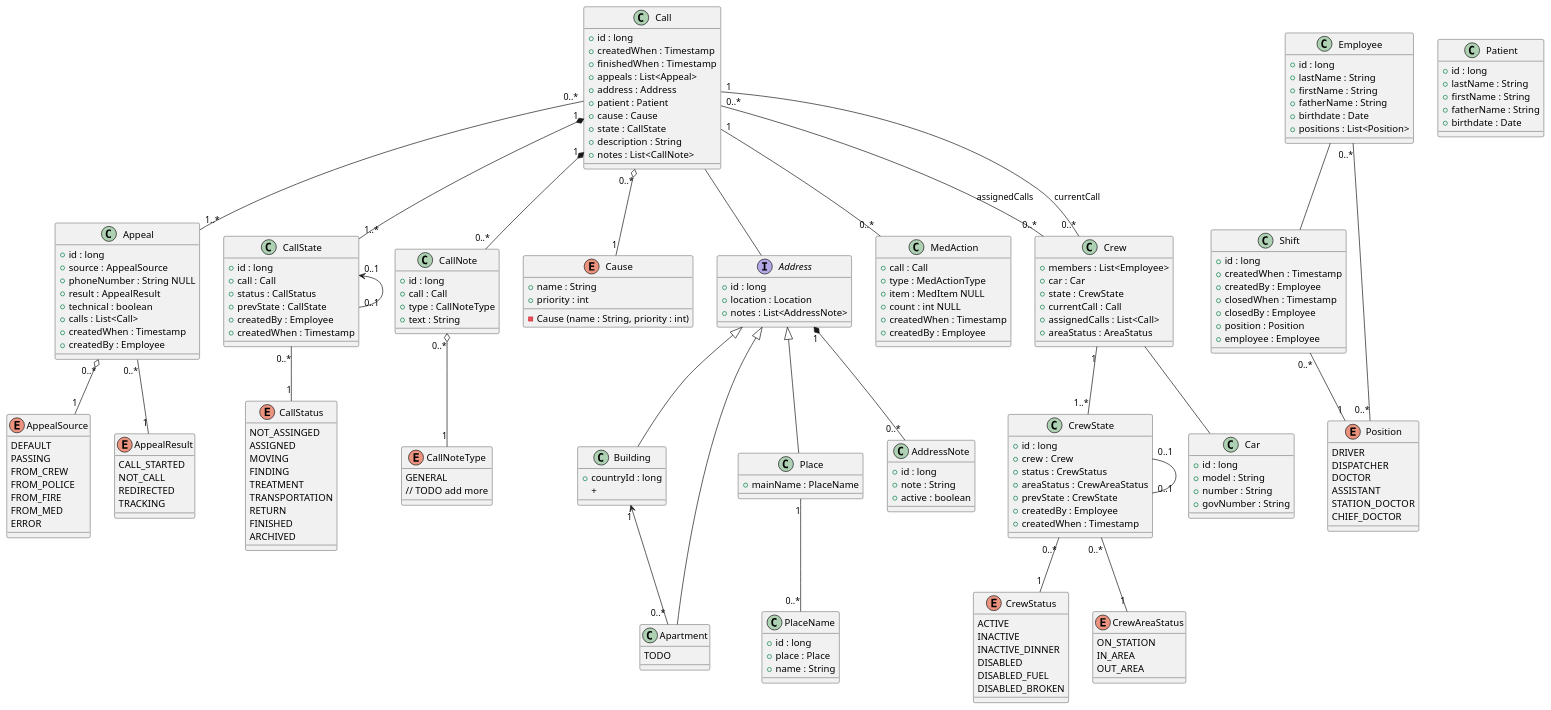
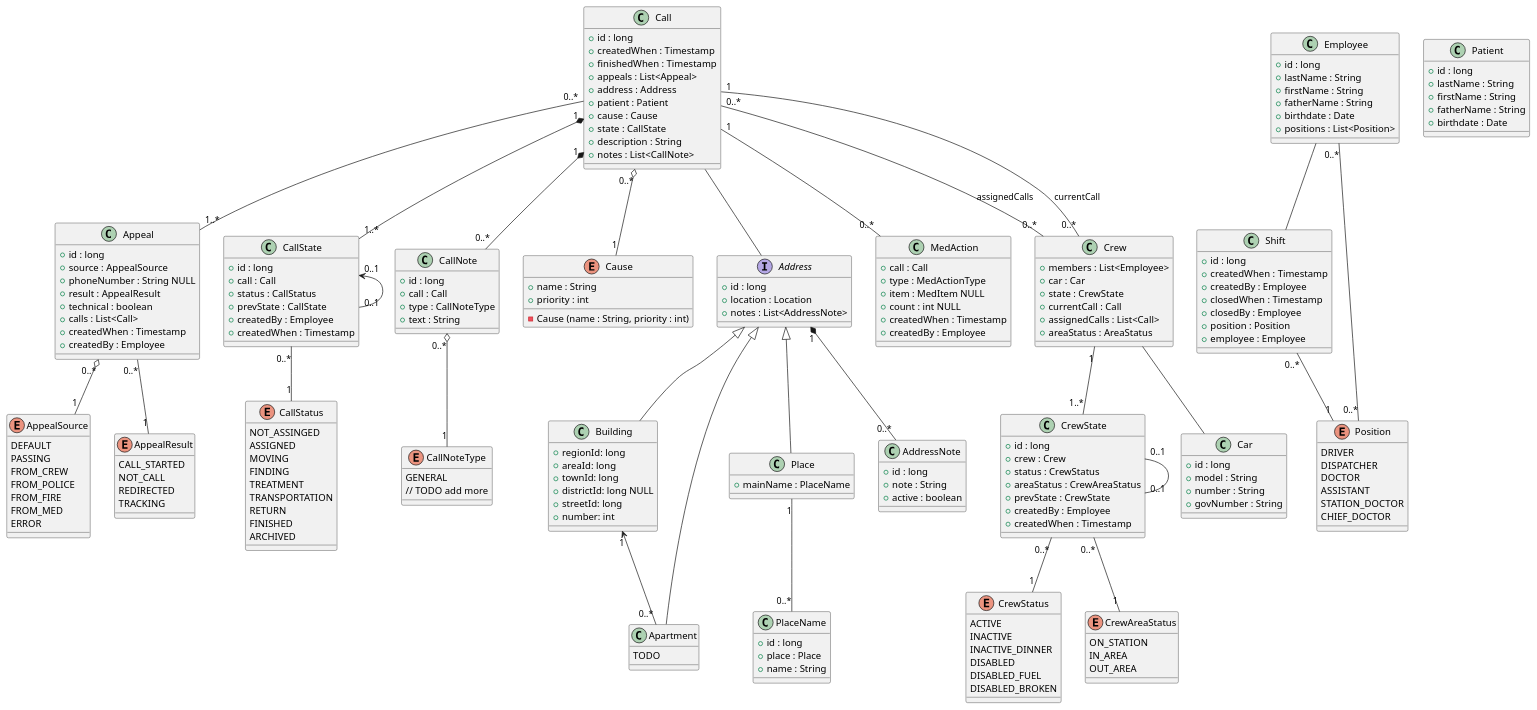
The diagram in ems-doc/uml/entities.puml (Loomloo/ems), drawn with PlantUML before and after one commit. The commit also changed 1 other file, not shown here.

```diff
--- a/ems-doc/uml/entities.puml
+++ b/ems-doc/uml/entities.puml
@@ -92,8 +92,12 @@
 }
 
 class Building {
-    +countryId : long
-    +
+    +regionId: long
+    +areaId: long
+    +townId: long
+    +districtId: long NULL
+    +streetId: long
+    +number: int
 }
 class Apartment {
     TODO
```
